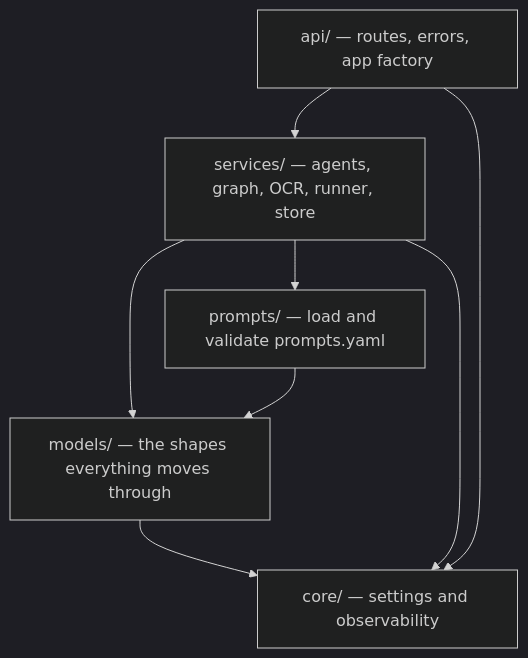
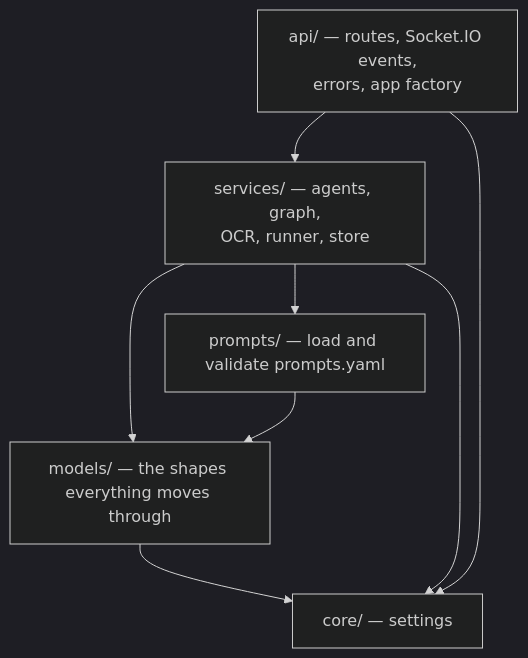
Before and after one commit to selvakumarperumal/Trade_Finance_Doc_Mismatch_Detector: the seventh of 7 diagrams in backend/Detector/ARCHITECTURE.md, drawn with Mermaid (dark theme). The commit also changed other lines of this file and 30 other files, not shown here.

````diff
--- a/backend/Detector/ARCHITECTURE.md
+++ b/backend/Detector/ARCHITECTURE.md
@@ -428,10 +426,10 @@
 ```mermaid
 flowchart TD
-    A["api/ — routes, errors, app factory"] --> S["services/ — agents, graph, OCR, runner, store"]
+    A["api/ — routes, Socket.IO events,<br/>errors, app factory"] --> S["services/ — agents, graph,<br/>OCR, runner, store"]
     S --> P["prompts/ — load and validate prompts.yaml"]
     S --> M["models/ — the shapes everything moves through"]
     P --> M
-    M --> C["core/ — settings and observability"]
+    M --> C["core/ — settings"]
     S --> C
     A --> C
 ```
````
